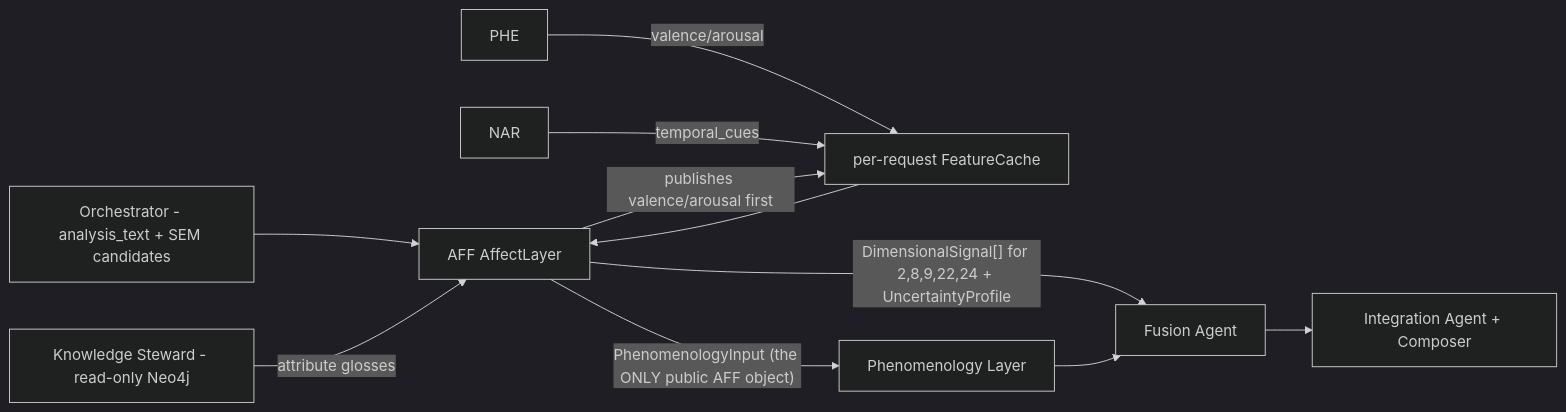
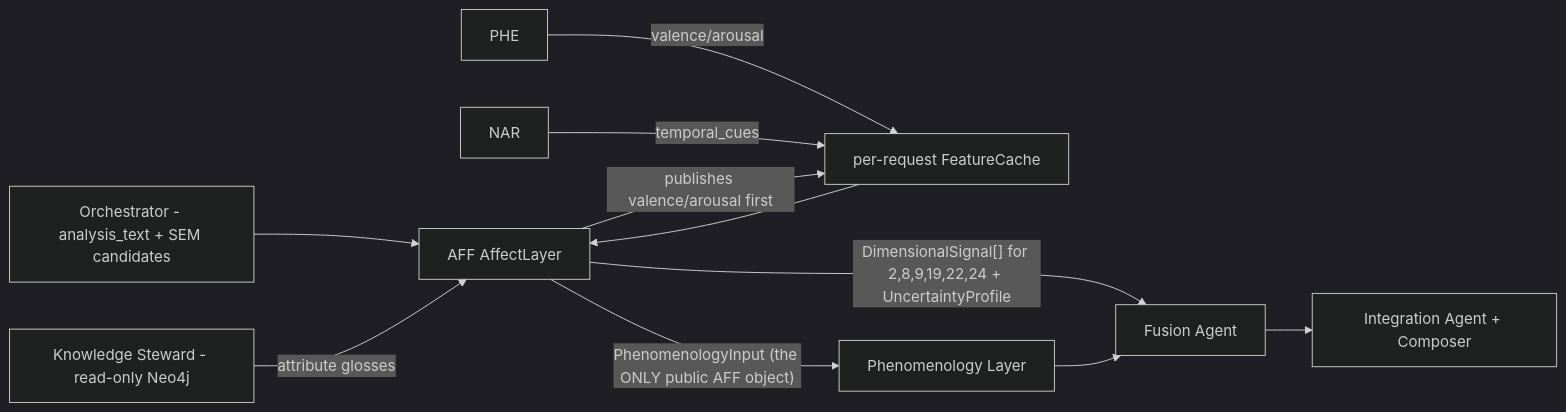
One commit to diwakar-citridot/affect_analysis changed the fourth of 4 diagrams in documentation/design/aff_layer_design.md. Above: the diagram before and after it, drawn with Mermaid (dark theme). The commit also changed other lines of this file and 60 other files, not shown here.

````diff
--- a/documentation/design/aff_layer_design.md
+++ b/documentation/design/aff_layer_design.md
@@ -1317,13 +1380,13 @@
 ```mermaid
 flowchart LR
     ORCH["Orchestrator - analysis_text + SEM candidates"] --> AFF["AFF AffectLayer"]
     PHEin["PHE"] -->|"valence/arousal"| Cache["per-request FeatureCache"]
     NAR["NAR"] -->|"temporal_cues"| Cache
     Cache --> AFF
     AFF -->|"publishes valence/arousal first"| Cache
     KS["Knowledge Steward - read-only Neo4j"] -->|"attribute glosses"| AFF
-    AFF -->|"DimensionalSignal[] for 2,8,9,22,24 + UncertaintyProfile"| Fusion["Fusion Agent"]
+    AFF -->|"DimensionalSignal[] for 2,8,9,19,22,24 + UncertaintyProfile"| Fusion["Fusion Agent"]
     AFF -->|"PhenomenologyInput (the ONLY public AFF object)"| PHE["Phenomenology Layer"]
     Fusion --> Integration["Integration Agent + Composer"]
     PHE --> Fusion
 ```
````
